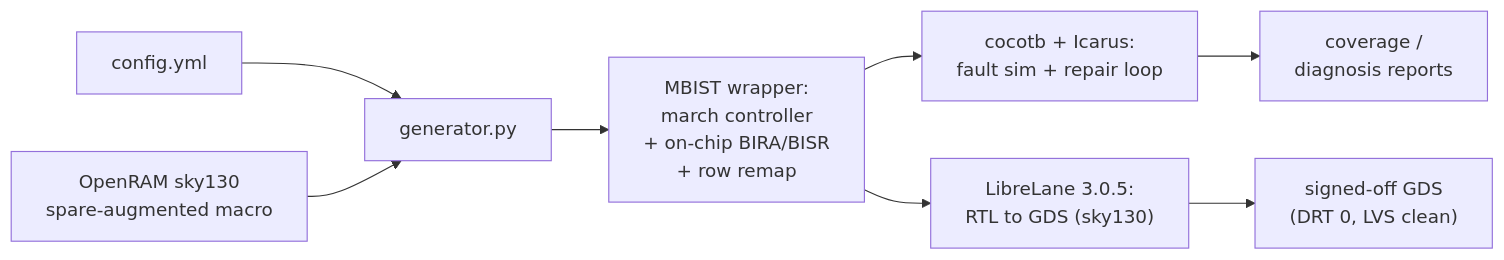
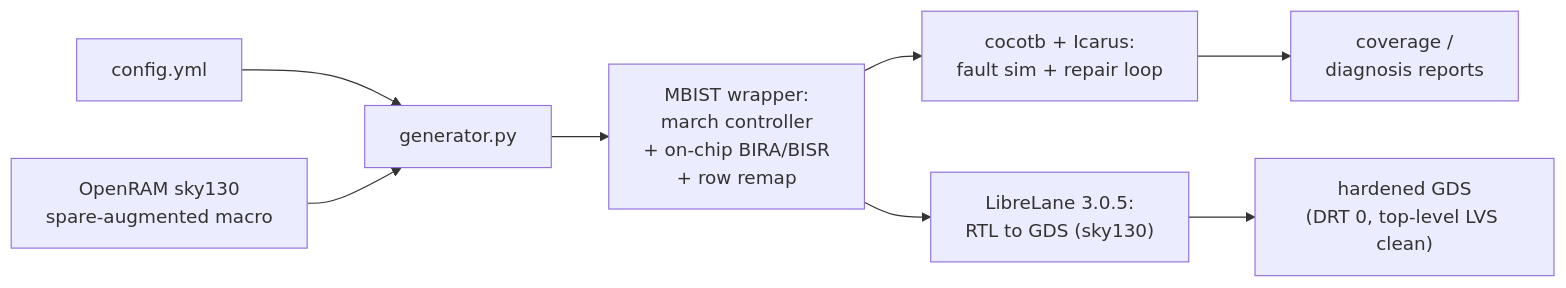
Before and after one commit to ranaumarnadeem/autoMBIST: the diagram in README.md, drawn with Mermaid. The commit also changed other lines of this file and 25 other files, not shown here.

````diff
--- a/README.md
+++ b/README.md
@@ -76,10 +76,10 @@
 ```mermaid
 flowchart LR
   cfg["config.yml"] --> gen["generator.py"]
   mac["OpenRAM sky130<br/>spare-augmented macro"] --> gen
   gen --> wrap["MBIST wrapper:<br/>march controller<br/>+ on-chip BIRA/BISR<br/>+ row remap"]
   wrap --> sim["cocotb + Icarus:<br/>fault sim + repair loop"]
   wrap --> harden["LibreLane 3.0.5:<br/>RTL to GDS (sky130)"]
   sim --> rep["coverage /<br/>diagnosis reports"]
-  harden --> gds["signed-off GDS<br/>(DRT 0, LVS clean)"]
+  harden --> gds["hardened GDS<br/>(DRT 0, top-level LVS clean)"]
 ```
````
